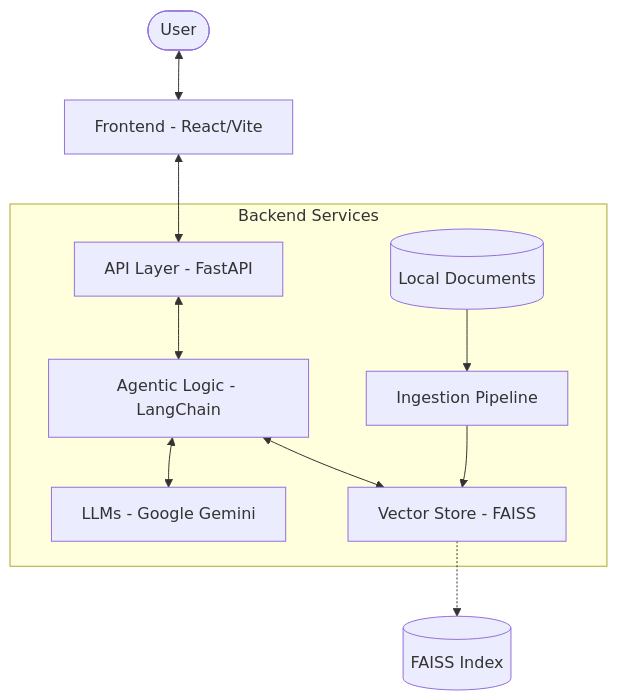
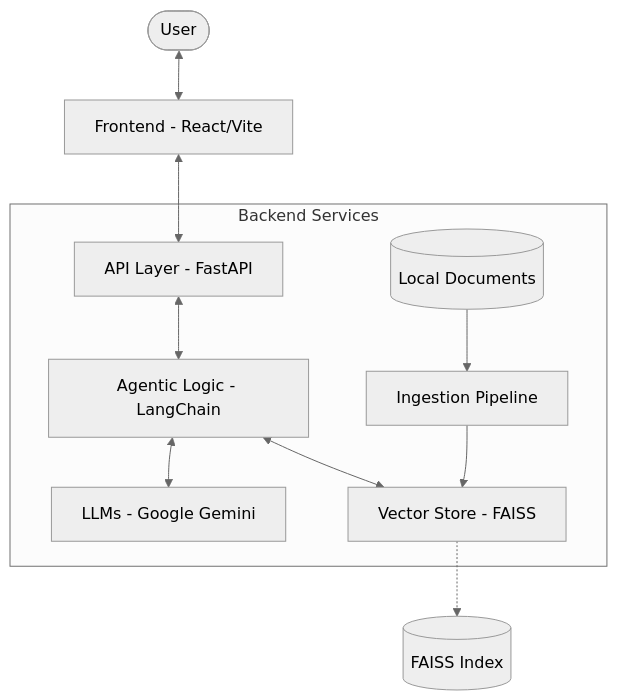
Before and after one commit to hemantjuyal/knowledgeHub: the diagram in README.md, drawn with Mermaid.

Commit message:
Updated README.md
Added a mermaid diagram illustrating data flow.

````diff
--- a/README.md
+++ b/README.md
@@ -52,15 +52,16 @@
 ```mermaid
+%%{init: {'theme': 'neutral'}}%%
 graph TD
     User([User]) <--> Frontend[Frontend - React/Vite]
     Frontend <--> API[API Layer - FastAPI]
 
     subgraph Backend [Backend Services]
         API <--> Agent[Agentic Logic - LangChain]
         Agent <--> LLM[LLMs - Google Gemini]
         Agent <--> VectorStore[Vector Store - FAISS]
         Ingestion[Ingestion Pipeline] --> VectorStore
         Docs[(Local Documents)] --> Ingestion
     end
 
     VectorStore -.-> Storage[(FAISS Index)]
 ```
````
